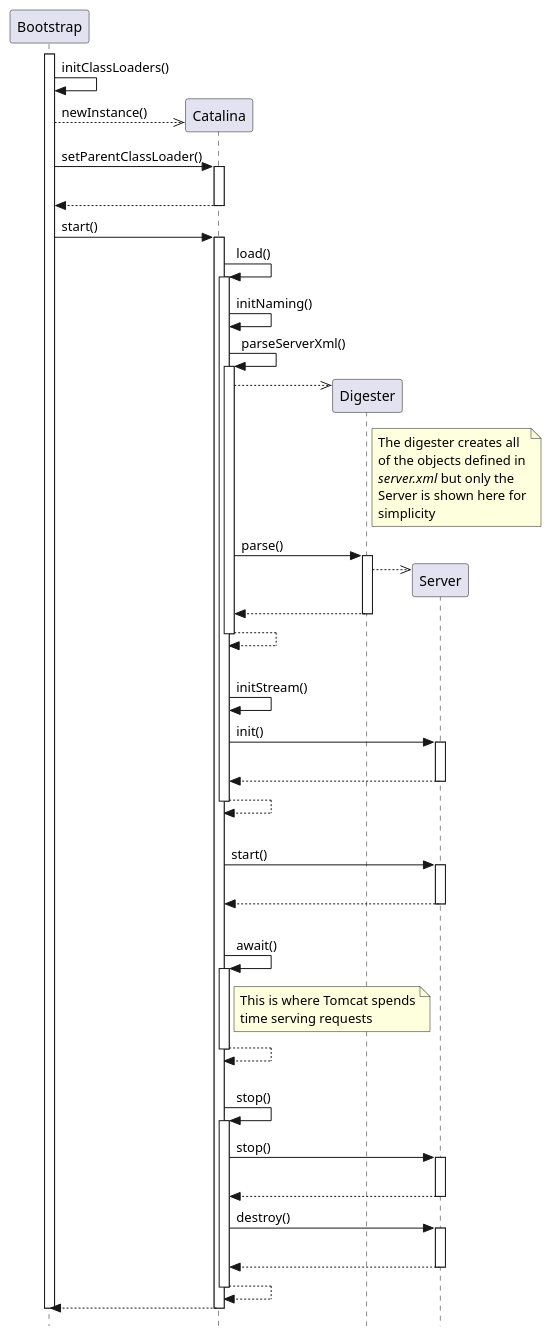
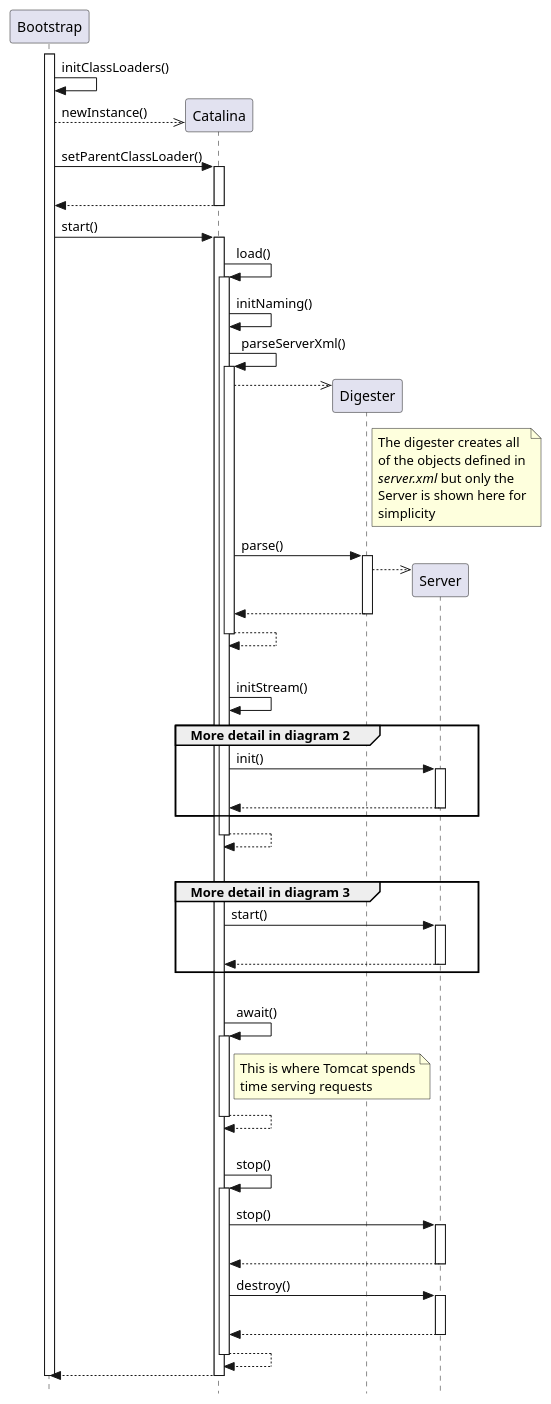
One commit to apache/tomcat changed the diagram in webapps/docs/architecture/startup/1_overview.plantuml. Above: the diagram before and after it, drawn with PlantUML. The commit also changed 1 other file, not shown here.

Commit message:
Add group boxes to show where more detail can be found

```diff
--- a/webapps/docs/architecture/startup/1_overview.plantuml
+++ b/webapps/docs/architecture/startup/1_overview.plantuml
@@ -1,93 +1,97 @@
 @startuml
 
 ' Licensed to the Apache Software Foundation (ASF) under one or more
 ' contributor license agreements.  See the NOTICE file distributed with
 ' this work for additional information regarding copyright ownership.
 ' The ASF licenses this file to You under the Apache License, Version 2.0
 ' (the "License"); you may not use this file except in compliance with
 ' the License.  You may obtain a copy of the License at
 '
 '     http://www.apache.org/licenses/LICENSE-2.0
 '
 ' Unless required by applicable law or agreed to in writing, software
 ' distributed under the License is distributed on an "AS IS" BASIS,
 ' WITHOUT WARRANTIES OR CONDITIONS OF ANY KIND, either express or implied.
 ' See the License for the specific language governing permissions and
 ' limitations under the License.
 
 hide footbox
 skinparam style strictuml
 
 activate Bootstrap
 Bootstrap -> Bootstrap: initClassLoaders()
 
 Bootstrap -->> Catalina ** : newInstance()
 
 Bootstrap -> Catalina ++: setParentClassLoader()
 |||
 return
 
 Bootstrap -> Catalina ++: start()
 
 Catalina -> Catalina ++: load()
 
 Catalina -> Catalina: initNaming()
 
 Catalina -> Catalina ++: parseServerXml()
 
 Catalina -->> Digester ** :
 note right of Digester
   The digester creates all
   of the objects defined in
   //server.xml// but only the
   Server is shown here for
   simplicity
 end note
 
 Catalina -> Digester ++: parse()
 
 Digester -->> Server ** :
 
 return
 
 return
 
 |||
 Catalina -> Catalina: initStream()
 
+group More detail in diagram 2
 Catalina -> Server ++: init()
 |||
 return
+end
 
 return
 
 |||
+group More detail in diagram 3
 Catalina -> Server ++: start()
 |||
 return
+end
 
 |||
 Catalina -> Catalina ++: await()
 note right of Catalina
   This is where Tomcat spends
   time serving requests
 end note
 return
 
 |||
 Catalina -> Catalina ++: stop()
 
 Catalina -> Server ++: stop()
 |||
 return
 
 Catalina -> Server ++: destroy()
 |||
 return
 
 return
 
 return
 
 deactivate Bootstrap
 @enduml
```
